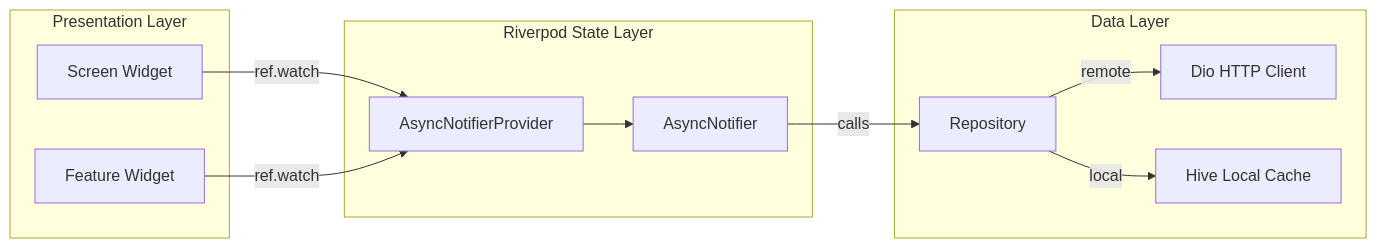
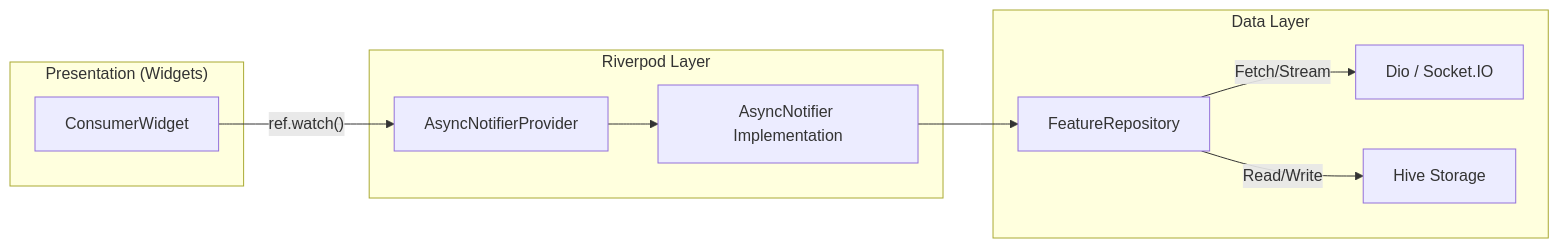
Before and after one commit to agrietech/agriEtech-frontend: the diagram in docs/STATE_MANAGEMENT_GUIDE.md, drawn with Mermaid. The commit also changed other lines of this file and 10 other files, not shown here.

Commit message:
docs: streamline frontend architecture, state management guides, and team matrix

````diff
--- a/docs/STATE_MANAGEMENT_GUIDE.md
+++ b/docs/STATE_MANAGEMENT_GUIDE.md
@@ -9,25 +14,23 @@
 ```mermaid
 flowchart LR
-    subgraph Presentation["Presentation Layer"]
-        S["Screen Widget"]
-        W["Feature Widget"]
+    subgraph UI["Presentation (Widgets)"]
+        Consumer["ConsumerWidget"]
     end
 
-    subgraph State["Riverpod State Layer"]
-        P["AsyncNotifierProvider"]
-        N["AsyncNotifier"]
+    subgraph StateManagement["Riverpod Layer"]
+        Provider["AsyncNotifierProvider"]
+        Notifier["AsyncNotifier Implementation"]
     end
 
-    subgraph Data["Data Layer"]
-        R["Repository"]
-        D["Dio HTTP Client"]
-        H["Hive Local Cache"]
+    subgraph DataOrchestration["Data Layer"]
+        Repo["FeatureRepository"]
+        Remote["Dio / Socket.IO"]
+        Local["Hive Storage"]
     end
 
-    S -->|ref.watch| P
-    W -->|ref.watch| P
-    P --> N
-    N -->|calls| R
-    R -->|remote| D
-    R -->|local| H
+    Consumer -->|"ref.watch()"| Provider
+    Provider --> Notifier
+    Notifier --> Repo
+    Repo -->|"Read/Write"| Local
+    Repo -->|"Fetch/Stream"| Remote
 ```
````
